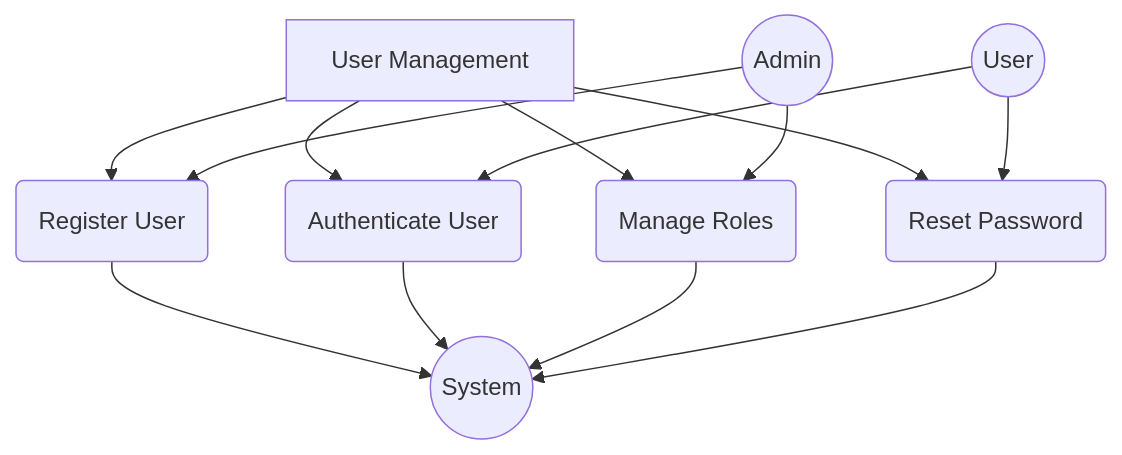
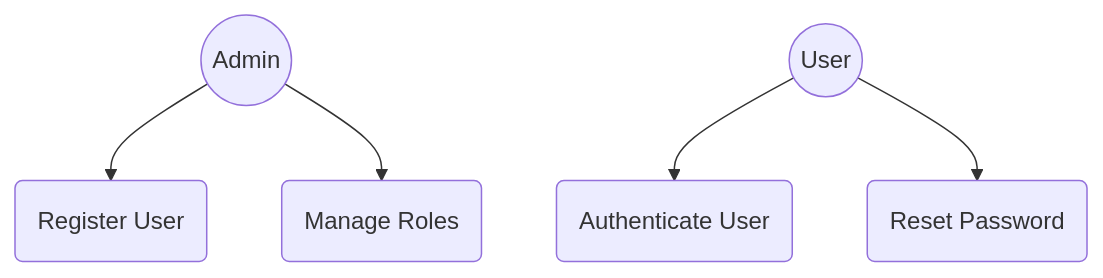
Before and after one commit to rgarciademarina/AI4Devs-design-rgm: the second of 26 diagrams in LTI-JACA/LTI-JACA.md, drawn with Mermaid. The commit also changed other lines of this file and 1 other file, not shown here.

Commit message:
Improve diagrams after feedback provided in class to make them more consistent

````diff
--- a/LTI-JACA/LTI-JACA.md
+++ b/LTI-JACA/LTI-JACA.md
@@ -500,18 +500,7 @@
 ```mermaid
 graph TD
-    A[User Management]
-    A --> B(Register User)
-    A --> C(Authenticate User)
-    A --> D(Manage Roles)
-    A --> E(Reset Password)
-    
-    B --> F((System))
-    C --> F
-    D --> F
-    E --> F
-    
-    G((Admin)) --> B
-    G --> D
-    H((User)) --> C
-    H --> E
+    G((Admin)) --> B(Register User)
+    G --> D(Manage Roles)
+    H((User)) --> C(Authenticate User)
+    H --> E(Reset Password)
 ```
````
